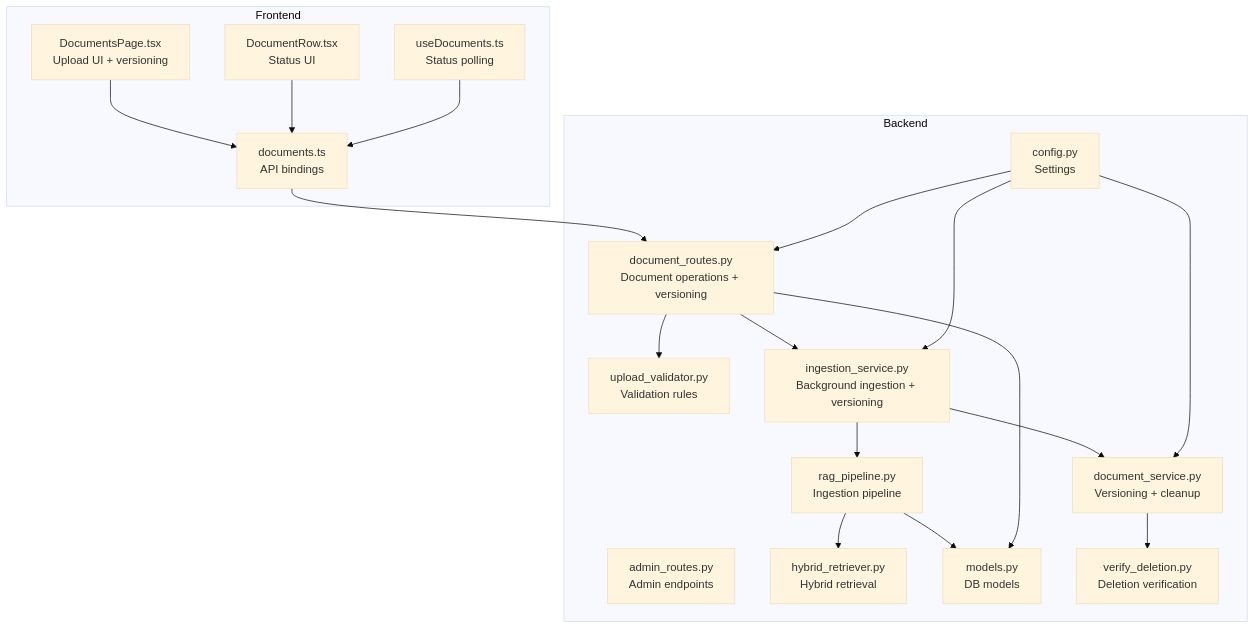
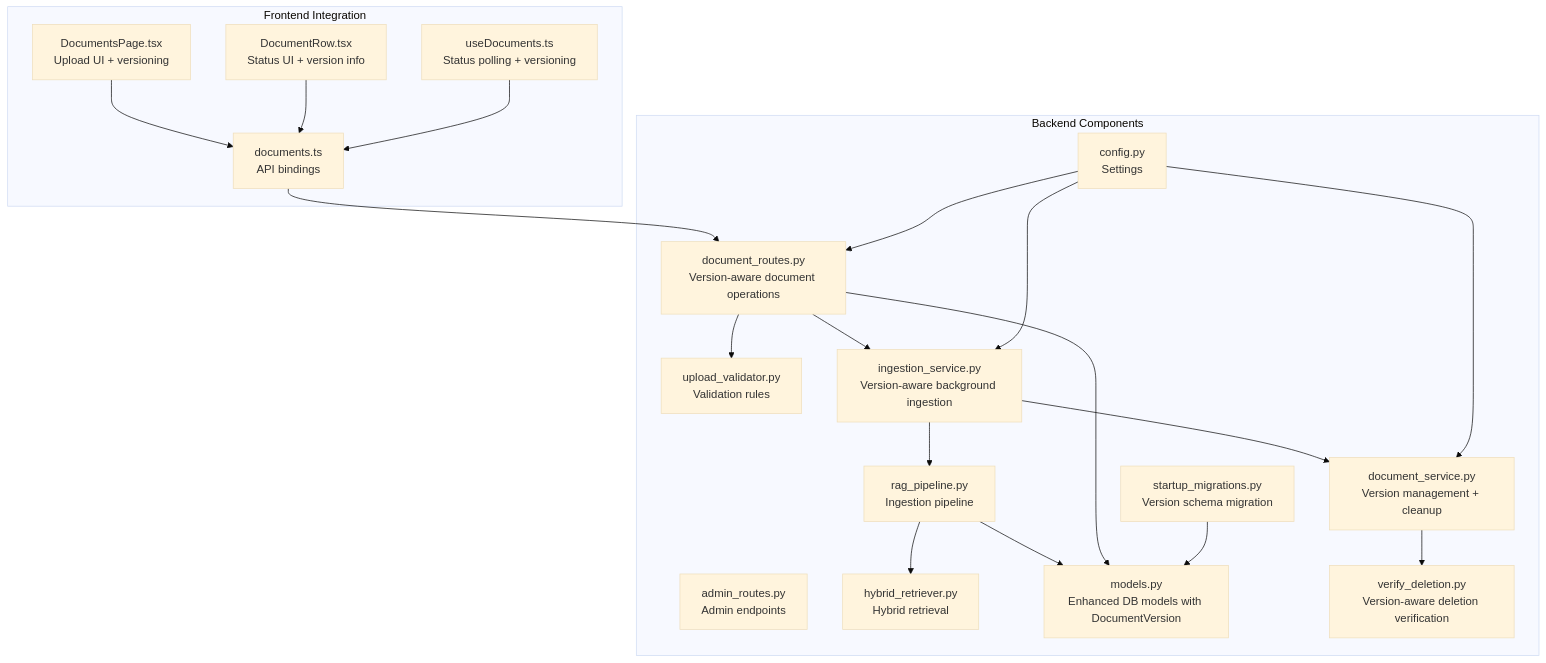
The first of 5 diagrams in .qoder/repowiki/en/content/API Reference/Administrative API/Document Management API.md (genes8/private-ai), drawn with Mermaid (base theme) before and after one commit. The commit also changed other lines of this file and 7 other files, not shown here.

First line of the commit message:
fix: startup_migrations SQLAlchemy text() bind-parameter parsing bug

````diff
--- a/.qoder/repowiki/en/content/API Reference/Administrative API/Document Management API.md
+++ b/.qoder/repowiki/en/content/API Reference/Administrative API/Document Management API.md
@@ -60,36 +57,38 @@
 ```mermaid
 graph TB
-subgraph "Backend"
+subgraph "Backend Components"
 AR["admin_routes.py<br/>Admin endpoints"]
-DR["document_routes.py<br/>Document operations + versioning"]
+DR["document_routes.py<br/>Version-aware document operations"]
 UV["upload_validator.py<br/>Validation rules"]
-IS["ingestion_service.py<br/>Background ingestion + versioning"]
+IS["ingestion_service.py<br/>Version-aware background ingestion"]
 RP["rag_pipeline.py<br/>Ingestion pipeline"]
 HR["hybrid_retriever.py<br/>Hybrid retrieval"]
-DBM["models.py<br/>DB models"]
+DBM["models.py<br/>Enhanced DB models with DocumentVersion"]
 CFG["config.py<br/>Settings"]
-DS["document_service.py<br/>Versioning + cleanup"]
-VD["verify_deletion.py<br/>Deletion verification"]
+DS["document_service.py<br/>Version management + cleanup"]
+VD["verify_deletion.py<br/>Version-aware deletion verification"]
+SM["startup_migrations.py<br/>Version schema migration"]
 end
-subgraph "Frontend"
+subgraph "Frontend Integration"
 FE_DocAPI["documents.ts<br/>API bindings"]
 FE_DocPage["DocumentsPage.tsx<br/>Upload UI + versioning"]
-FE_DocRow["DocumentRow.tsx<br/>Status UI"]
-FE_UseDocs["useDocuments.ts<br/>Status polling"]
+FE_DocRow["DocumentRow.tsx<br/>Status UI + version info"]
+FE_UseDocs["useDocuments.ts<br/>Status polling + versioning"]
 end
 FE_DocAPI --> DR
 FE_DocPage --> FE_DocAPI
 FE_DocRow --> FE_DocAPI
 FE_UseDocs --> FE_DocAPI
 DR --> UV
 DR --> IS
 IS --> RP
 IS --> DS
 RP --> HR
 RP --> DBM
 DR --> DBM
 CFG --> DR
 CFG --> IS
 CFG --> DS
 DS --> VD
+SM --> DBM
 ```
````
